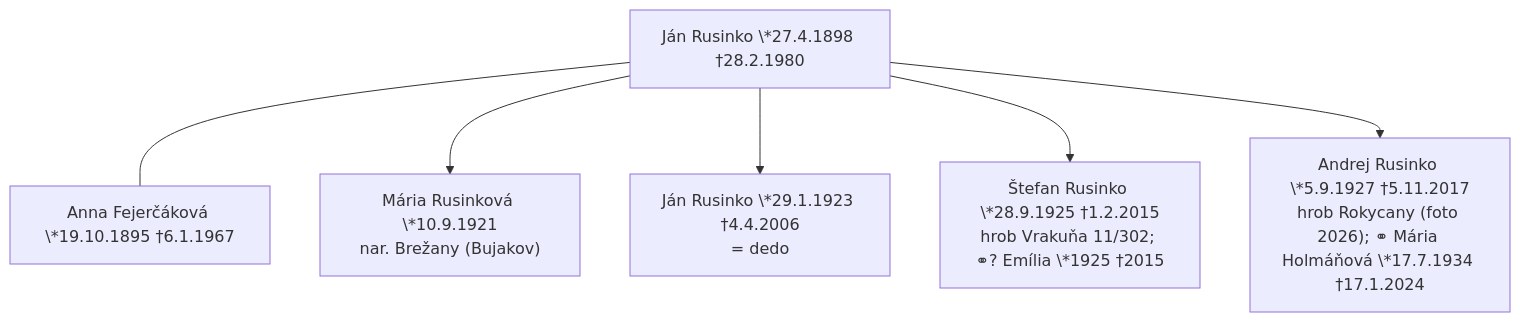
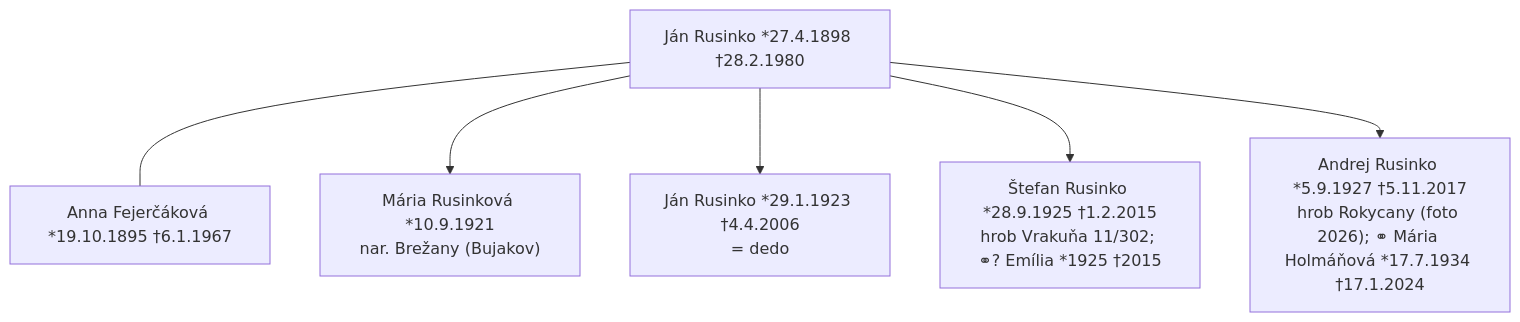
The fourth of 6 diagrams in docs/rodokmen.md (vrusi/genealogia), drawn with Mermaid before and after one commit. The commit also changed other lines of this file, not shown here.

Commit message:
Web: mermaid stromy bez backslashov pred hviezdickami, Rudolf *1910

````diff
--- a/docs/rodokmen.md
+++ b/docs/rodokmen.md
@@ -152,8 +152,8 @@
 ```mermaid
 graph TD
-  JR98["Ján Rusinko \*27.4.1898 †28.2.1980"] --- AF["Anna Fejerčáková \*19.10.1895 †6.1.1967"]
-  JR98 --> M21["Mária Rusinková \*10.9.1921<br>nar. Brežany (Bujakov)"]
-  JR98 --> J23["Ján Rusinko \*29.1.1923 †4.4.2006<br>= dedo"]
-  JR98 --> S25["Štefan Rusinko \*28.9.1925 †1.2.2015<br>hrob Vrakuňa 11/302; ⚭? Emília \*1925 †2015"]
-  JR98 --> A27["Andrej Rusinko \*5.9.1927 †5.11.2017<br>hrob Rokycany (foto 2026); ⚭ Mária Holmáňová \*17.7.1934 †17.1.2024"]
+  JR98["Ján Rusinko *27.4.1898 †28.2.1980"] --- AF["Anna Fejerčáková *19.10.1895 †6.1.1967"]
+  JR98 --> M21["Mária Rusinková *10.9.1921<br>nar. Brežany (Bujakov)"]
+  JR98 --> J23["Ján Rusinko *29.1.1923 †4.4.2006<br>= dedo"]
+  JR98 --> S25["Štefan Rusinko *28.9.1925 †1.2.2015<br>hrob Vrakuňa 11/302; ⚭? Emília *1925 †2015"]
+  JR98 --> A27["Andrej Rusinko *5.9.1927 †5.11.2017<br>hrob Rokycany (foto 2026); ⚭ Mária Holmáňová *17.7.1934 †17.1.2024"]
 ```
````
